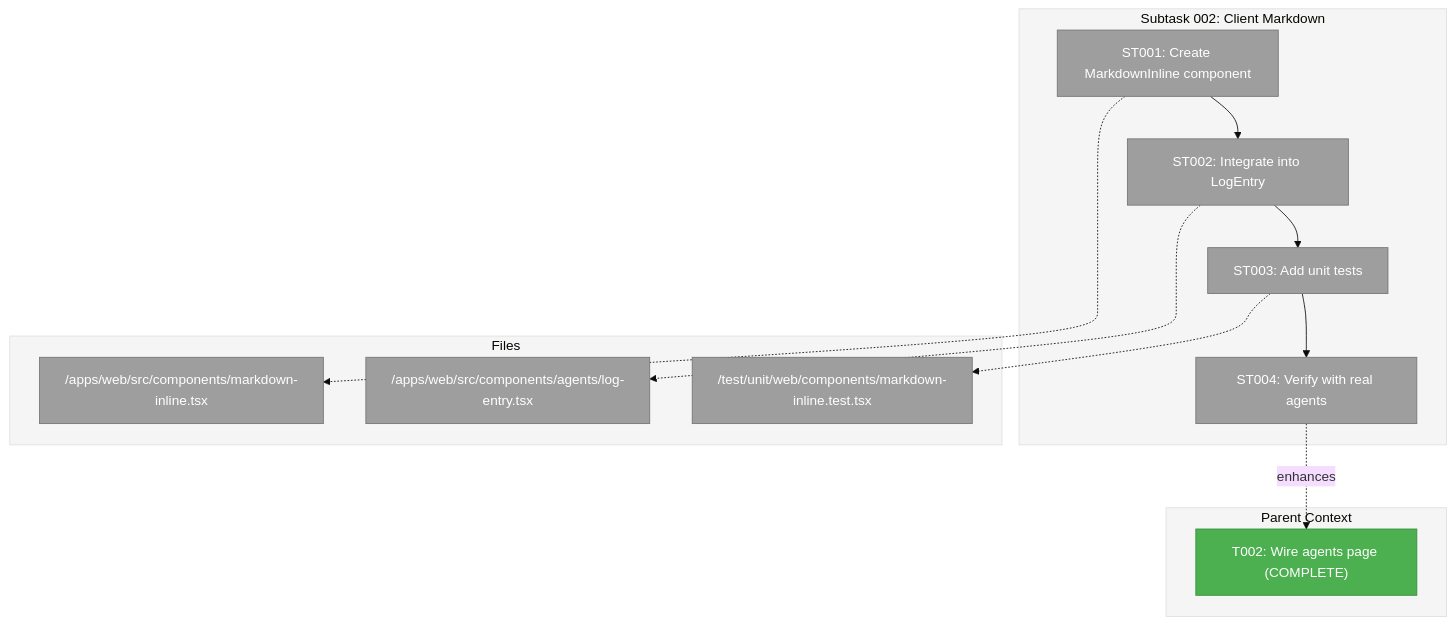
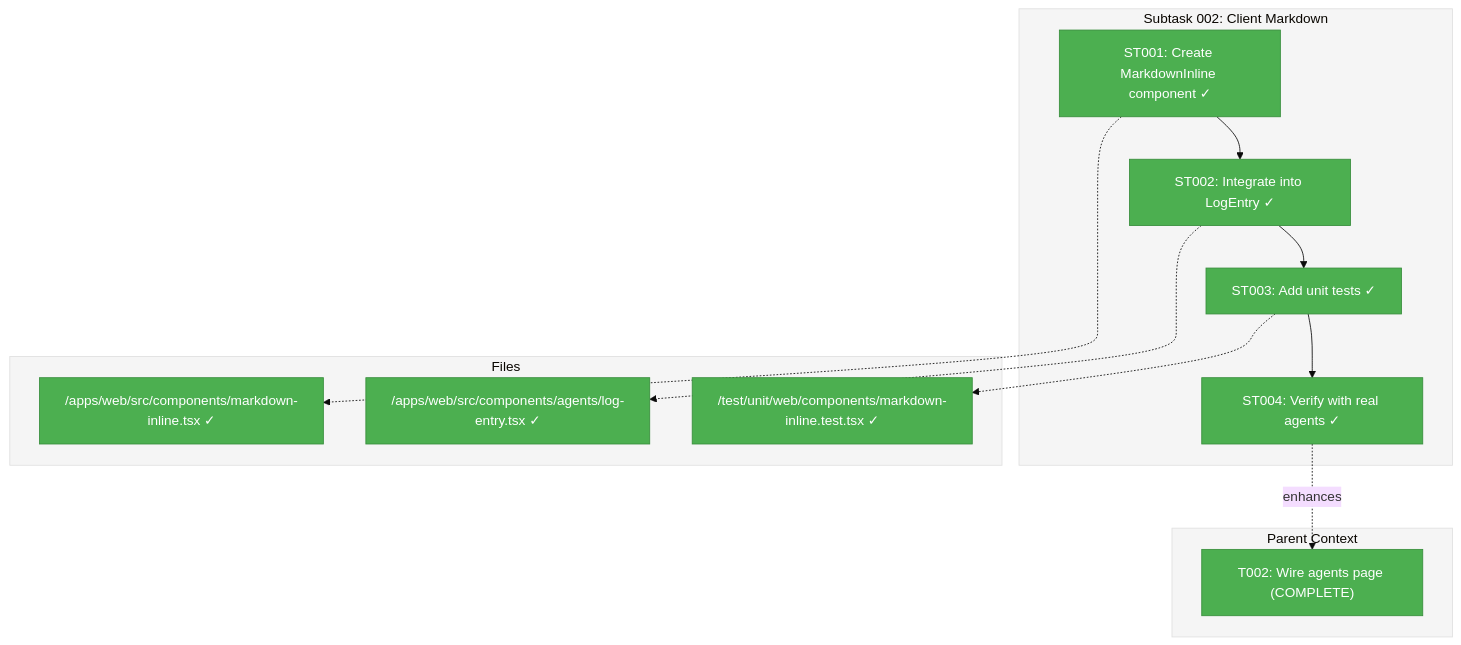
Before and after one commit to AI-Substrate/chainglass: the first of 2 diagrams in docs/plans/015-better-agents/tasks/phase-5-integration-accessibility/002-subtask-client-markdown-rendering.md, drawn with Mermaid (base theme). The commit also changed other lines of this file and 8 other files, not shown here.

First line of the commit message:
feat(agents): add client-side markdown rendering for agent output

````diff
--- a/docs/plans/015-better-agents/tasks/phase-5-integration-accessibility/002-subtask-client-markdown-rendering.md
+++ b/docs/plans/015-better-agents/tasks/phase-5-integration-accessibility/002-subtask-client-markdown-rendering.md
@@ -87,35 +87,35 @@
 ```mermaid
 flowchart TD
     classDef pending fill:#9E9E9E,stroke:#757575,color:#fff
     classDef inprogress fill:#FF9800,stroke:#F57C00,color:#fff
     classDef completed fill:#4CAF50,stroke:#388E3C,color:#fff
     classDef blocked fill:#F44336,stroke:#D32F2F,color:#fff
 
     style Parent fill:#F5F5F5,stroke:#E0E0E0
     style Subtask fill:#F5F5F5,stroke:#E0E0E0
     style Files fill:#F5F5F5,stroke:#E0E0E0
 
     subgraph Parent["Parent Context"]
         T002["T002: Wire agents page (COMPLETE)"]:::completed
     end
 
     subgraph Subtask["Subtask 002: Client Markdown"]
-        ST001["ST001: Create MarkdownInline component"]:::pending
-        ST002["ST002: Integrate into LogEntry"]:::pending
-        ST003["ST003: Add unit tests"]:::pending
-        ST004["ST004: Verify with real agents"]:::pending
+        ST001["ST001: Create MarkdownInline component ✓"]:::completed
+        ST002["ST002: Integrate into LogEntry ✓"]:::completed
+        ST003["ST003: Add unit tests ✓"]:::completed
+        ST004["ST004: Verify with real agents ✓"]:::completed
 
         ST001 --> ST002 --> ST003 --> ST004
     end
 
     subgraph Files["Files"]
-        F1["/apps/web/src/components/markdown-inline.tsx"]:::pending
-        F2["/apps/web/src/components/agents/log-entry.tsx"]:::pending
-        F3["/test/unit/web/components/markdown-inline.test.tsx"]:::pending
+        F1["/apps/web/src/components/markdown-inline.tsx ✓"]:::completed
+        F2["/apps/web/src/components/agents/log-entry.tsx ✓"]:::completed
+        F3["/test/unit/web/components/markdown-inline.test.tsx ✓"]:::completed
     end
 
     ST001 -.-> F1
     ST002 -.-> F2
     ST003 -.-> F3
     ST004 -.->|enhances| T002
 ```
````
